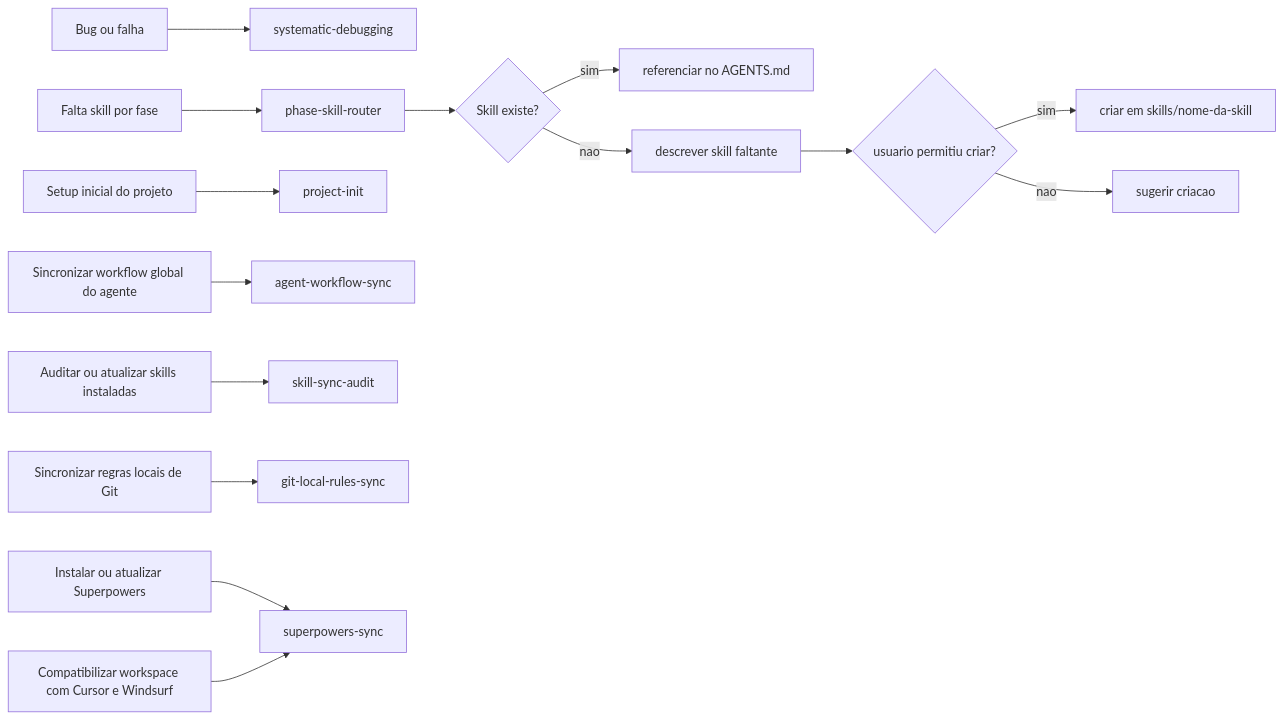
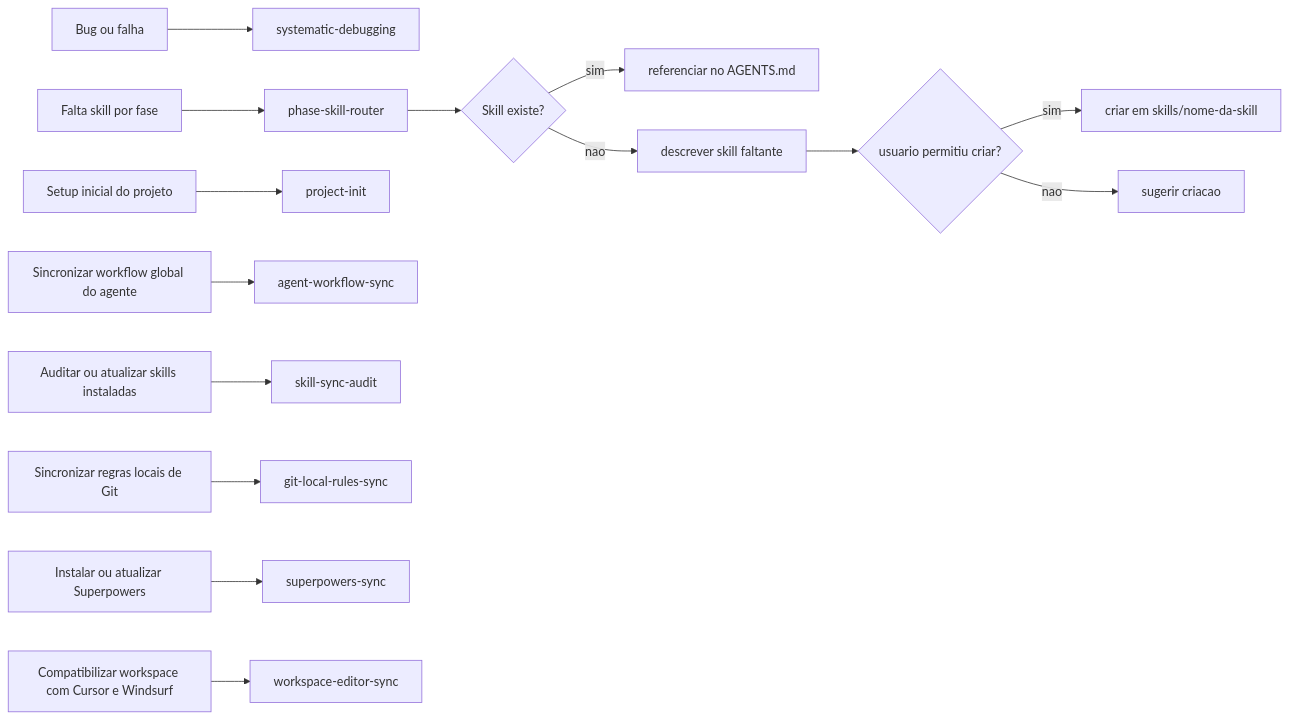
The third of 3 diagrams in docs/workflow-flowchart.md (eduardosanson/agentic-dev-playbook), drawn with Mermaid before and after one commit. The commit also changed other lines of this file and 7 other files, not shown here.

Commit message:
refactor: split workspace editor sync from superpowers sync

````diff
--- a/docs/workflow-flowchart.md
+++ b/docs/workflow-flowchart.md
@@ -201,17 +201,17 @@
 ```mermaid
 flowchart LR
     A[Bug ou falha] --> B[systematic-debugging]
     C[Falta skill por fase] --> D[phase-skill-router]
     D --> E{Skill existe?}
     E -- sim --> F[referenciar no AGENTS.md]
     E -- nao --> G[descrever skill faltante]
     G --> H{usuario permitiu criar?}
     H -- sim --> I[criar em skills/nome-da-skill]
     H -- nao --> J[sugerir criacao]
     K[Setup inicial do projeto] --> L[project-init]
     M[Sincronizar workflow global do agente] --> N[agent-workflow-sync]
     O[Auditar ou atualizar skills instaladas] --> P[skill-sync-audit]
     Q[Sincronizar regras locais de Git] --> R[git-local-rules-sync]
     S[Instalar ou atualizar Superpowers] --> T[superpowers-sync]
-    U[Compatibilizar workspace com Cursor e Windsurf] --> T
+    U[Compatibilizar workspace com Cursor e Windsurf] --> V[workspace-editor-sync]
 ```
````
